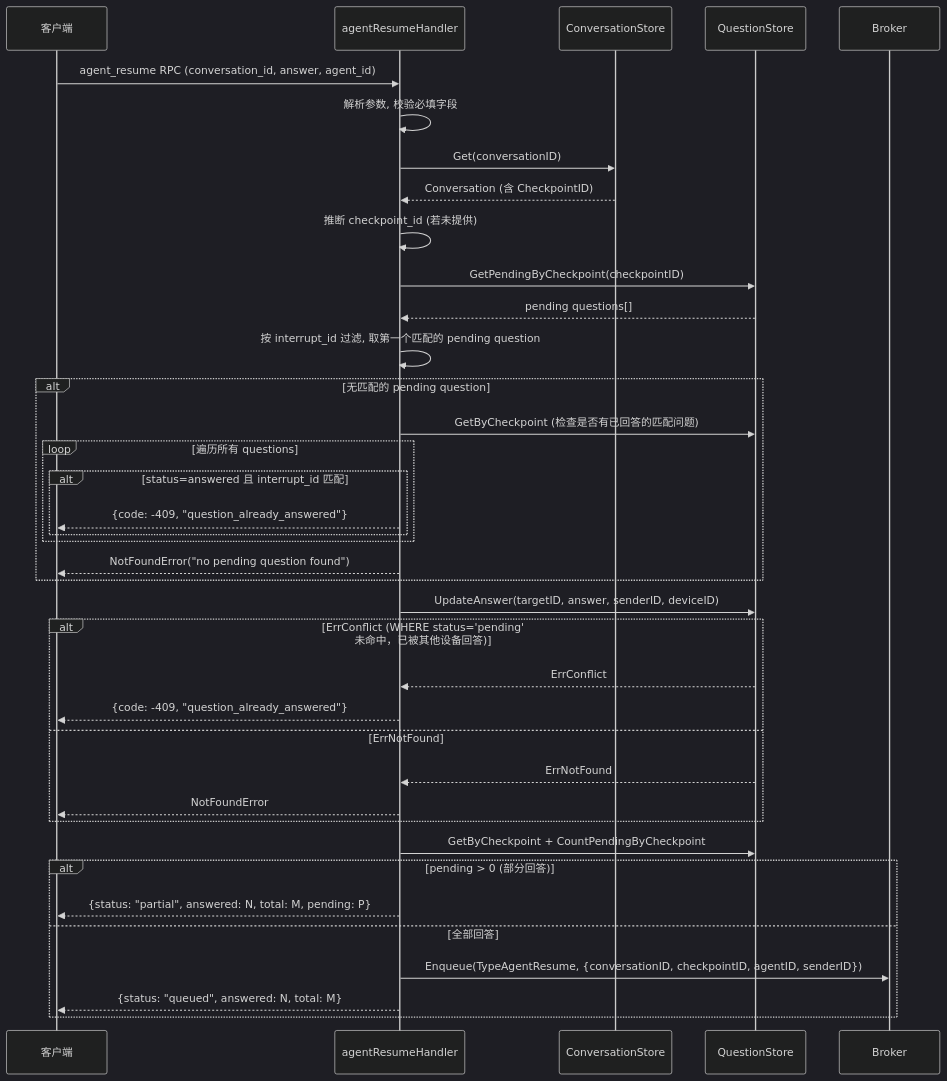
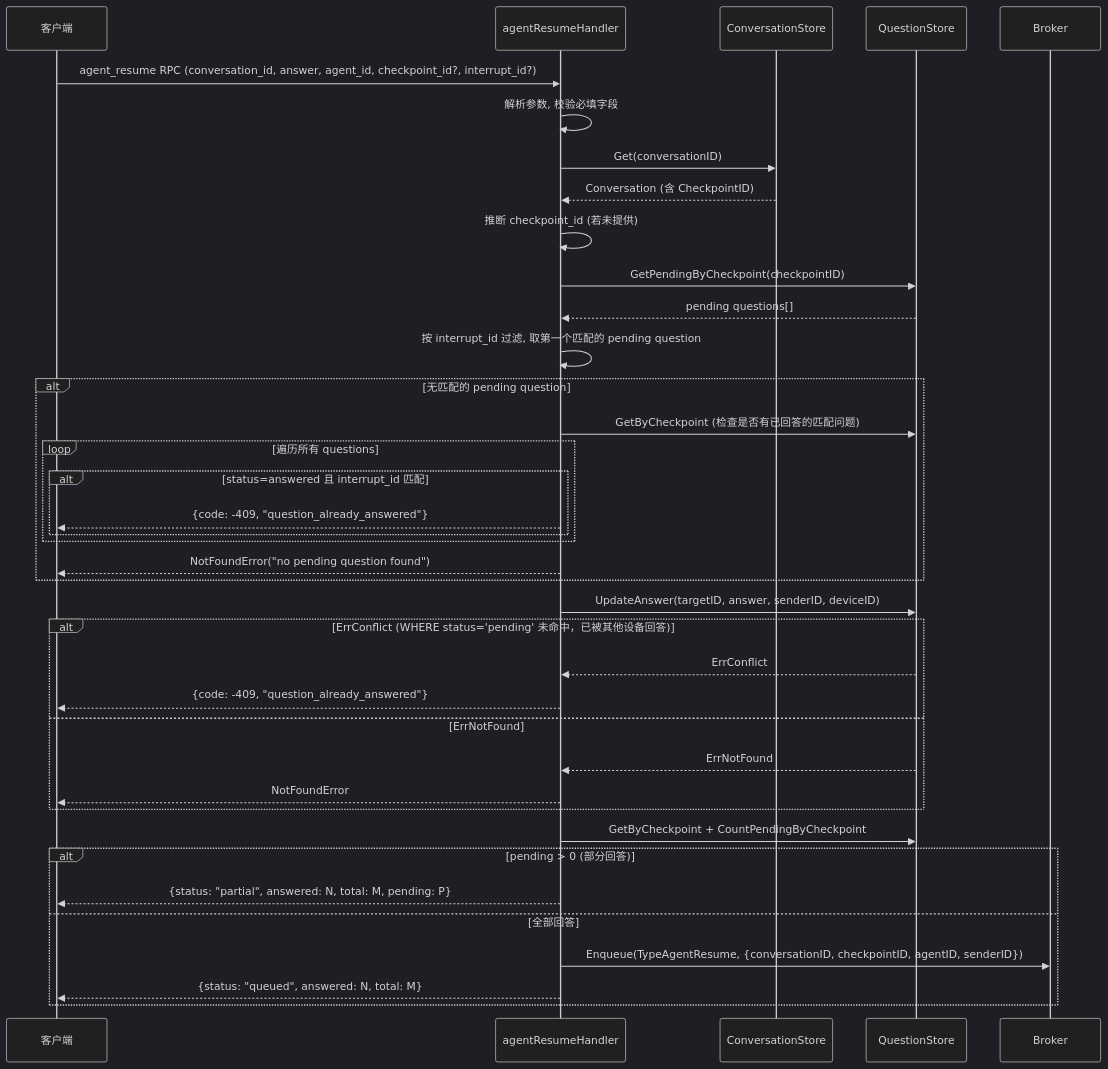
The third of 11 diagrams in wiki/flows/agent-execution.md (PineappleBond/xyncra-server), drawn with Mermaid (dark theme) before and after one commit. The commit also changed other lines of this file and 21 other files, not shown here.

````diff
--- a/wiki/flows/agent-execution.md
+++ b/wiki/flows/agent-execution.md
@@ -272,47 +286,47 @@
 ```mermaid
 sequenceDiagram
     participant C as 客户端
     participant H as agentResumeHandler
     participant CS as ConversationStore
     participant QS as QuestionStore
     participant MQ as Broker
 
-    C->>H: agent_resume RPC (conversation_id, answer, agent_id)
+    C->>H: agent_resume RPC (conversation_id, answer, agent_id, checkpoint_id?, interrupt_id?)
     H->>H: 解析参数, 校验必填字段
 
     H->>CS: Get(conversationID)
     CS-->>H: Conversation (含 CheckpointID)
     H->>H: 推断 checkpoint_id (若未提供)
 
     H->>QS: GetPendingByCheckpoint(checkpointID)
     QS-->>H: pending questions[]
     H->>H: 按 interrupt_id 过滤, 取第一个匹配的 pending question
 
     alt 无匹配的 pending question
         H->>QS: GetByCheckpoint (检查是否有已回答的匹配问题)
         loop 遍历所有 questions
             alt status=answered 且 interrupt_id 匹配
                 H-->>C: {code: -409, "question_already_answered"}
             end
         end
         H-->>C: NotFoundError("no pending question found")
     end
 
     H->>QS: UpdateAnswer(targetID, answer, senderID, deviceID)
     alt ErrConflict (WHERE status='pending' 未命中，已被其他设备回答)
         QS-->>H: ErrConflict
         H-->>C: {code: -409, "question_already_answered"}
     else ErrNotFound
         QS-->>H: ErrNotFound
         H-->>C: NotFoundError
     end
 
     H->>QS: GetByCheckpoint + CountPendingByCheckpoint
 
     alt pending > 0 (部分回答)
         H-->>C: {status: "partial", answered: N, total: M, pending: P}
     else 全部回答
         H->>MQ: Enqueue(TypeAgentResume, {conversationID, checkpointID, agentID, senderID})
         H-->>C: {status: "queued", answered: N, total: M}
     end
 ```
````
